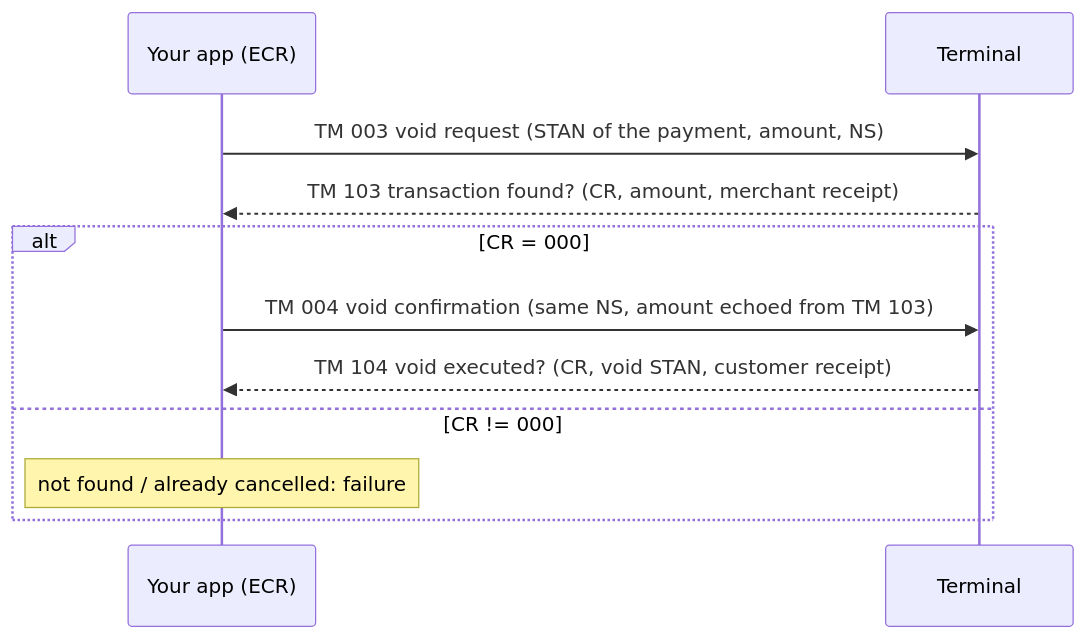
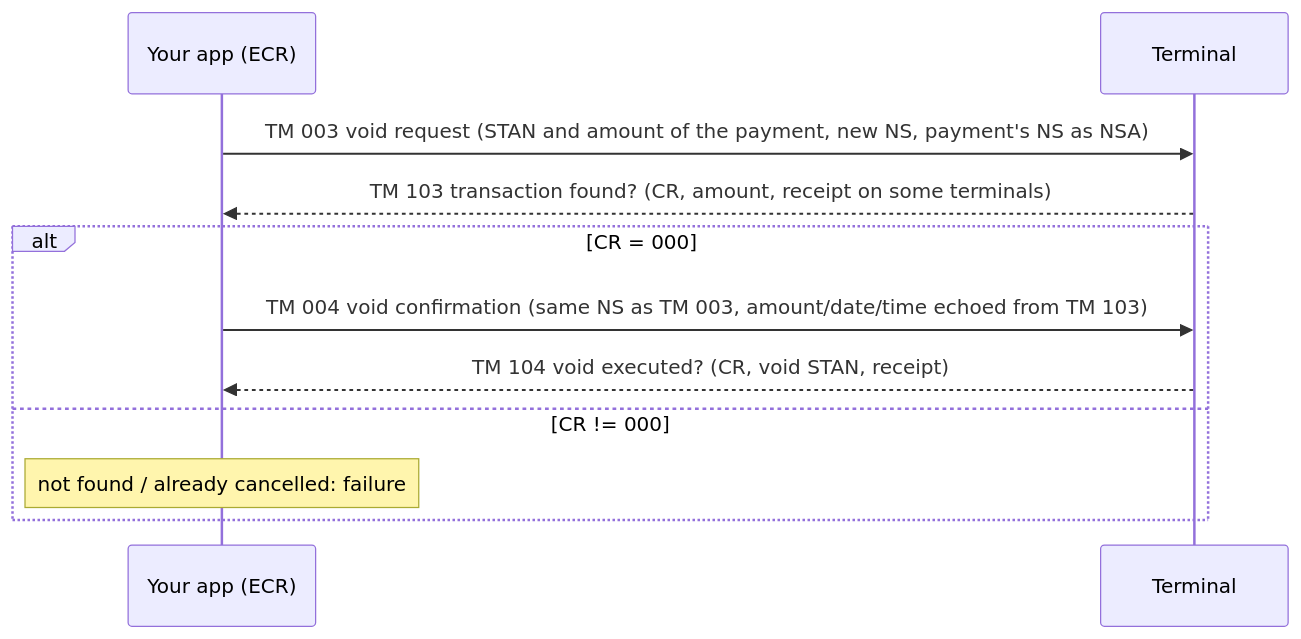
The second of 2 diagrams in README.md (Belkouche/tkpay-sdk-pos-ios), drawn with Mermaid before and after one commit. The commit also changed other lines of this file and 1 other file, not shown here.

Commit message:
docs: void frames and sequence meaning, void receipt rule, network test UNSUPPORTED over TCP; changelog

````diff
--- a/README.md
+++ b/README.md
@@ -171,13 +171,13 @@
 ```mermaid
 sequenceDiagram
     participant App as Your app (ECR)
     participant T as Terminal
-    App->>T: TM 003 void request (STAN of the payment, amount, NS)
-    T-->>App: TM 103 transaction found? (CR, amount, merchant receipt)
+    App->>T: TM 003 void request (STAN and amount of the payment, new NS, payment's NS as NSA)
+    T-->>App: TM 103 transaction found? (CR, amount, receipt on some terminals)
     alt CR = 000
-        App->>T: TM 004 void confirmation (same NS, amount echoed from TM 103)
-        T-->>App: TM 104 void executed? (CR, void STAN, customer receipt)
+        App->>T: TM 004 void confirmation (same NS as TM 003, amount/date/time echoed from TM 103)
+        T-->>App: TM 104 void executed? (CR, void STAN, receipt)
     else CR != 000
         Note over App: not found / already cancelled: failure
     end
 ```
````
